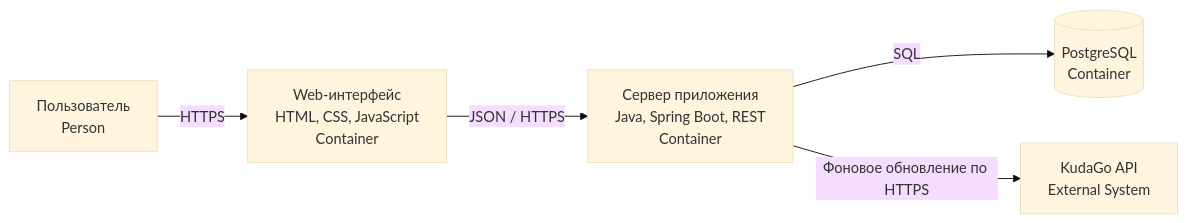
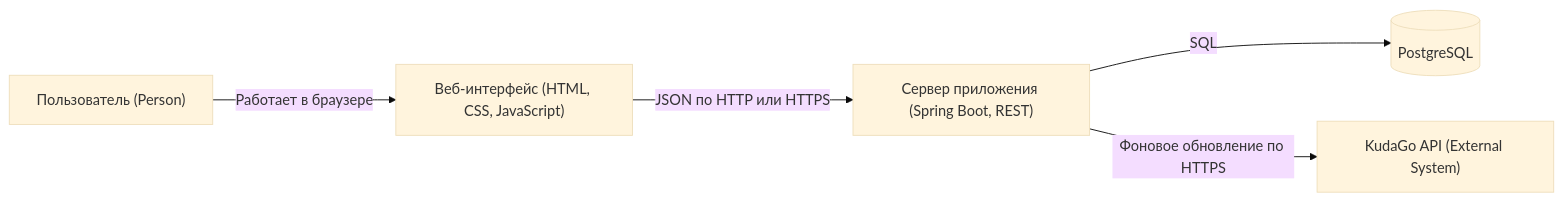
Before and after one commit to Daniil-drom/kpo-event-planner: the second of 3 diagrams in README.md, drawn with Mermaid (base theme). The commit also changed other lines of this file and 17 other files, not shown here.

Commit message:
docs: update README and local PostgreSQL setup

````diff
--- a/README.md
+++ b/README.md
@@ -312,13 +194,13 @@
 ```mermaid
 flowchart LR
-    user["Пользователь<br/>Person"]
-    web["Web-интерфейс<br/>HTML, CSS, JavaScript<br/>Container"]
-    backend["Сервер приложения<br/>Java, Spring Boot, REST<br/>Container"]
-    db[("PostgreSQL<br/>Container")]
-    kudago["KudaGo API<br/>External System"]
+    user["Пользователь (Person)"]
+    web["Веб-интерфейс (HTML, CSS, JavaScript)"]
+    backend["Сервер приложения (Spring Boot, REST)"]
+    db[("PostgreSQL")]
+    kudago["KudaGo API (External System)"]
 
-    user -->|HTTPS| web
-    web -->|JSON / HTTPS| backend
+    user -->|Работает в браузере| web
+    web -->|JSON по HTTP или HTTPS| backend
     backend -->|SQL| db
     backend -->|Фоновое обновление по HTTPS| kudago
 ```
````
